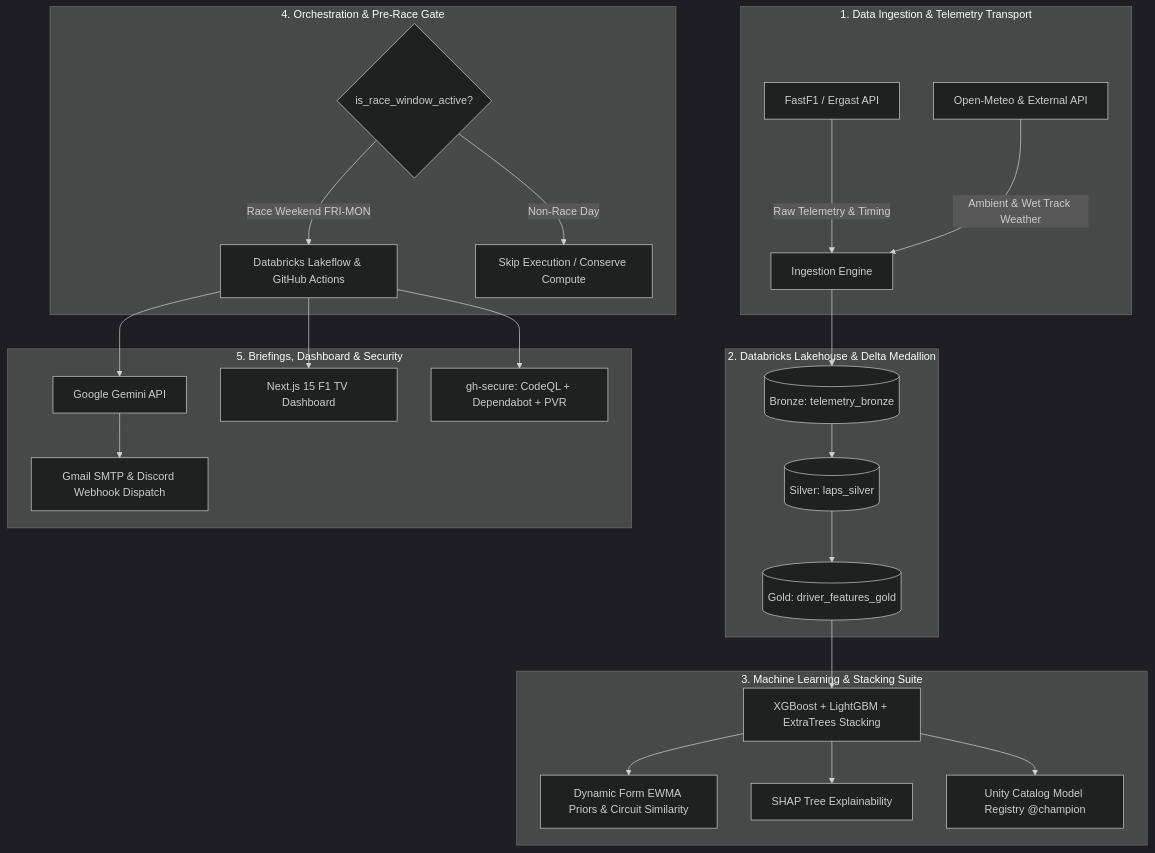
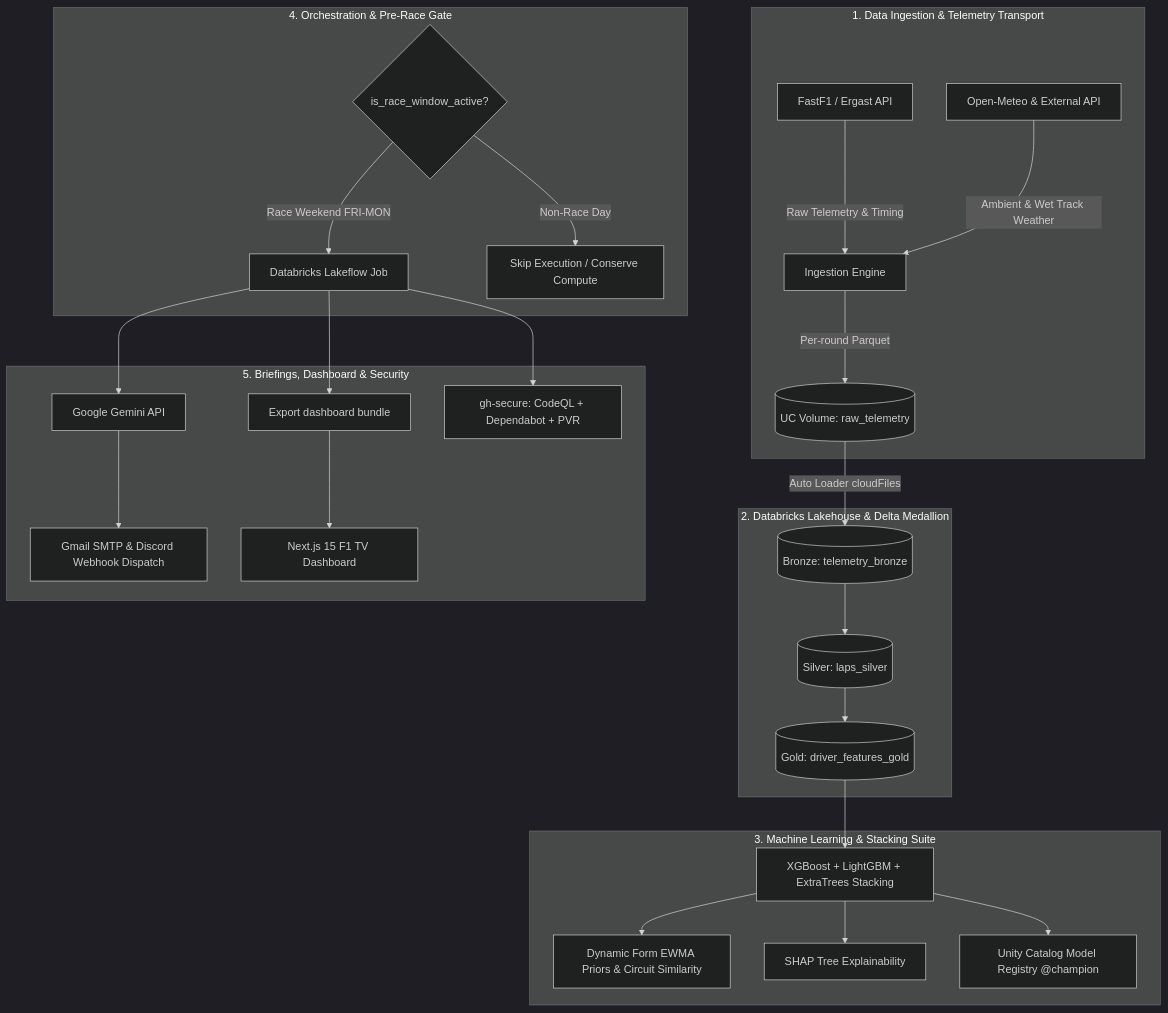
Before and after one commit to JuanjoRestrepo/f1_2026_predictions: the diagram in docs/ARCHITECTURE.md, drawn with Mermaid (dark theme). The commit also changed other lines of this file and 7 other files, not shown here.

````diff
--- a/docs/ARCHITECTURE.md
+++ b/docs/ARCHITECTURE.md
@@ -9,33 +9,35 @@
 ```mermaid
 flowchart TD
     subgraph Data Layer [1. Data Ingestion & Telemetry Transport]
         FastF1[FastF1 / Ergast API] --> |Raw Telemetry & Timing| Ingest[Ingestion Engine]
         Weather[Open-Meteo & External API] --> |Ambient & Wet Track Weather| Ingest
+        Ingest --> |Per-round Parquet| Volume[(UC Volume: raw_telemetry)]
     end
 
     subgraph Databricks [2. Databricks Lakehouse & Delta Medallion]
-        Ingest --> Bronze[(Bronze: telemetry_bronze)]
+        Volume --> |Auto Loader cloudFiles| Bronze[(Bronze: telemetry_bronze)]
         Bronze --> Silver[(Silver: laps_silver)]
         Silver --> Gold[(Gold: driver_features_gold)]
     end
 
     subgraph ML Pipeline [3. Machine Learning & Stacking Suite]
         Gold --> Train[XGBoost + LightGBM + ExtraTrees Stacking]
         Train --> Dynamic[Dynamic Form EWMA Priors & Circuit Similarity]
         Train --> SHAP[SHAP Tree Explainability]
         Train --> UC[Unity Catalog Model Registry @champion]
     end
 
     subgraph Orchestration [4. Orchestration & Pre-Race Gate]
         Gate{is_race_window_active?}
-        Gate --> |Race Weekend FRI-MON| Workflow[Databricks Lakeflow & GitHub Actions]
+        Gate --> |Race Weekend FRI-MON| Workflow[Databricks Lakeflow Job]
         Gate --> |Non-Race Day| Skip[Skip Execution / Conserve Compute]
     end
 
     subgraph Delivery & Security [5. Briefings, Dashboard & Security]
         Workflow --> Gemini[Google Gemini API]
         Gemini --> Briefings[Gmail SMTP & Discord Webhook Dispatch]
-        Workflow --> Dashboard[Next.js 15 F1 TV Dashboard]
+        Workflow --> Publish[Export dashboard bundle]
+        Publish --> Dashboard[Next.js 15 F1 TV Dashboard]
         Workflow --> Security[gh-secure: CodeQL + Dependabot + PVR]
     end
 ```
````
